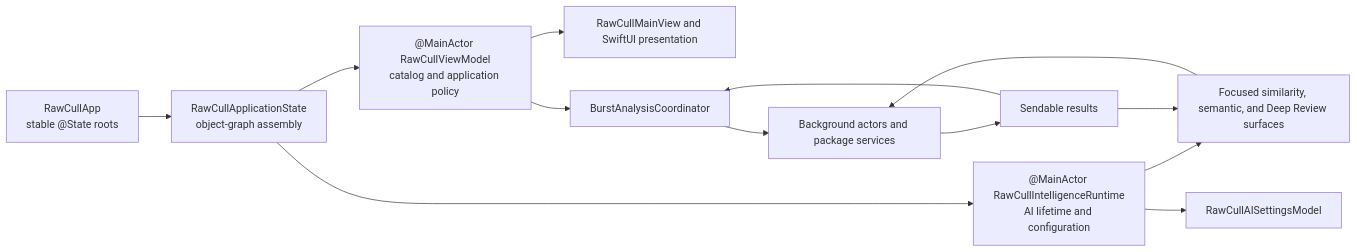
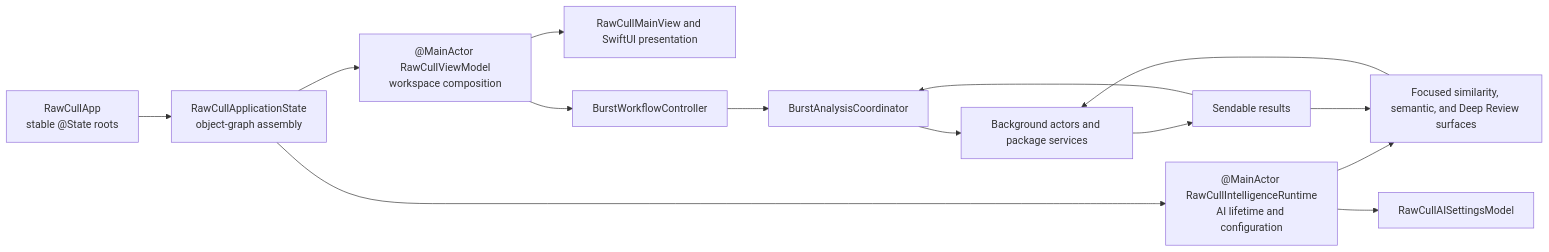
The first of 2 diagrams in content/en/docs/concurrency.md (rsyncOSX/TechDocRawcull), drawn with Mermaid before and after one commit. The commit also changed other lines of this file and 41 other files, not shown here.

````diff
--- a/content/en/docs/concurrency.md
+++ b/content/en/docs/concurrency.md
@@ -53,15 +52,16 @@
 ```mermaid
 flowchart LR
     APP["RawCullApp<br/>stable @State roots"] --> STATE["RawCullApplicationState<br/>object-graph assembly"]
-    STATE --> VM["@MainActor RawCullViewModel<br/>catalog and application policy"]
+    STATE --> VM["@MainActor RawCullViewModel<br/>workspace composition"]
     STATE --> RT["@MainActor RawCullIntelligenceRuntime<br/>AI lifetime and configuration"]
     RT --> AIS["RawCullAISettingsModel"]
     RT --> FEATURES["Focused similarity, semantic, and Deep Review surfaces"]
     VM --> VIEW["RawCullMainView and SwiftUI presentation"]
-    VM --> BURST["BurstAnalysisCoordinator"]
+    VM --> WORKFLOW["BurstWorkflowController"]
+    WORKFLOW --> BURST["BurstAnalysisCoordinator"]
     FEATURES --> ACTORS["Background actors and package services"]
     BURST --> ACTORS
     ACTORS --> VALUES["Sendable results"]
     VALUES --> FEATURES
     VALUES --> BURST
 ```
````
